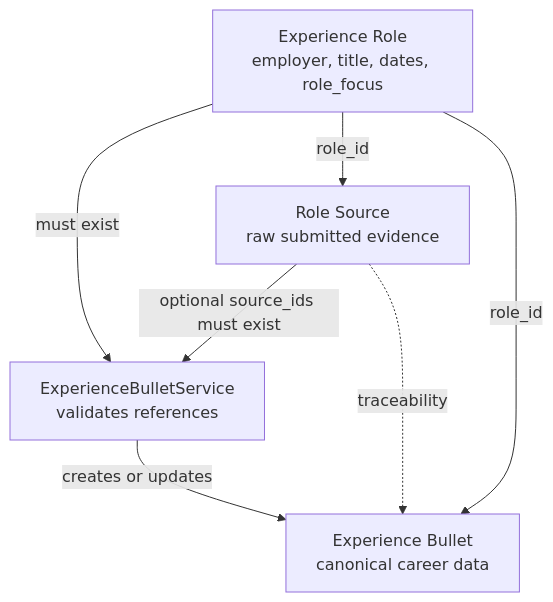
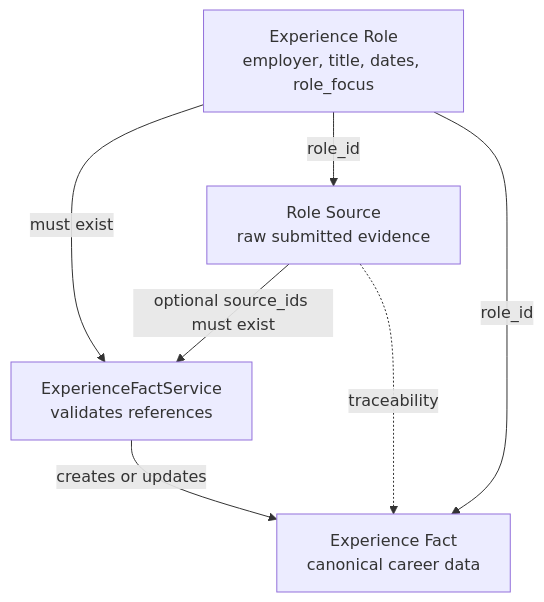
One commit to rsauers0/career-agent changed the third of 8 diagrams in docs/diagrams.md. Above: the diagram before and after it, drawn with Mermaid. The commit also changed other lines of this file and 20 other files, not shown here.

````diff
--- a/docs/diagrams.md
+++ b/docs/diagrams.md
@@ -53,14 +53,14 @@
 ```mermaid
 flowchart TD
     Role["Experience Role<br/>employer, title, dates, role_focus"]
     Source["Role Source<br/>raw submitted evidence"]
-    BulletService["ExperienceBulletService<br/>validates references"]
-    Bullet["Experience Bullet<br/>canonical career data"]
+    FactService["ExperienceFactService<br/>validates references"]
+    Fact["Experience Fact<br/>canonical career data"]
 
-    Role -->|"must exist"| BulletService
-    Source -->|"optional source_ids must exist"| BulletService
-    BulletService -->|"creates or updates"| Bullet
+    Role -->|"must exist"| FactService
+    Source -->|"optional source_ids must exist"| FactService
+    FactService -->|"creates or updates"| Fact
     Role -->|"role_id"| Source
-    Role -->|"role_id"| Bullet
-    Source -. "traceability" .-> Bullet
+    Role -->|"role_id"| Fact
+    Source -. "traceability" .-> Fact
 ```
````
